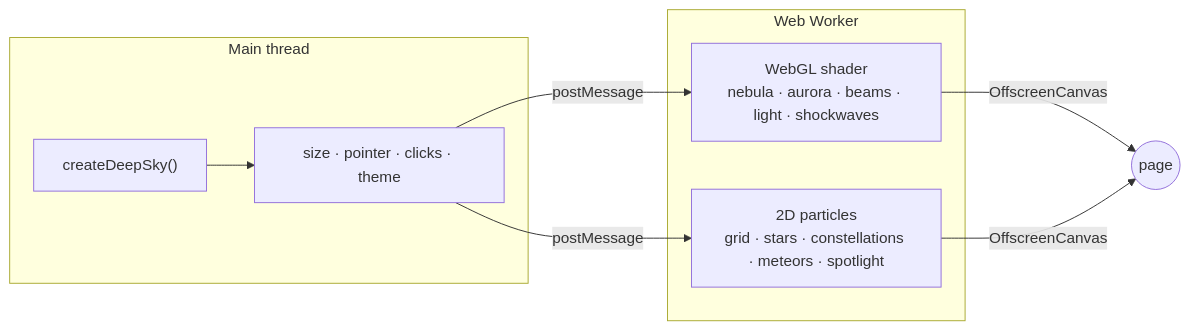
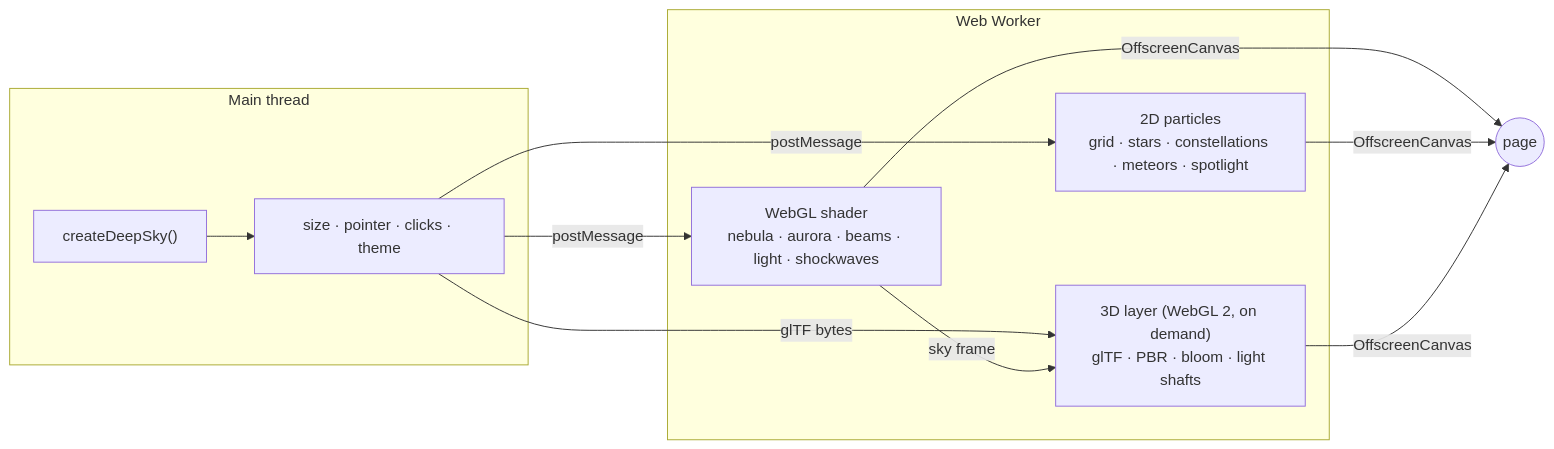
The diagram in README.md (RaphaelPelerin/Deep-Sky), drawn with Mermaid before and after one commit. The commit also changed other lines of this file and 42 other files, not shown here.

````diff
--- a/README.md
+++ b/README.md
@@ -298,14 +344,18 @@
 ```mermaid
 flowchart LR
   subgraph main["Main thread"]
     A["createDeepSky()"] --> B["size · pointer · clicks · theme"]
   end
   subgraph worker["Web Worker"]
     D["WebGL shader<br/>nebula · aurora · beams · light · shockwaves"]
     E["2D particles<br/>grid · stars · constellations · meteors · spotlight"]
+    M["3D layer (WebGL 2, on demand)<br/>glTF · PBR · bloom · light shafts"]
   end
   B -- postMessage --> D
   B -- postMessage --> E
+  B -- "glTF bytes" --> M
+  D -- "sky frame" --> M
   D -- OffscreenCanvas --> F(("page"))
   E -- OffscreenCanvas --> F
+  M -- OffscreenCanvas --> F
 ```
````
